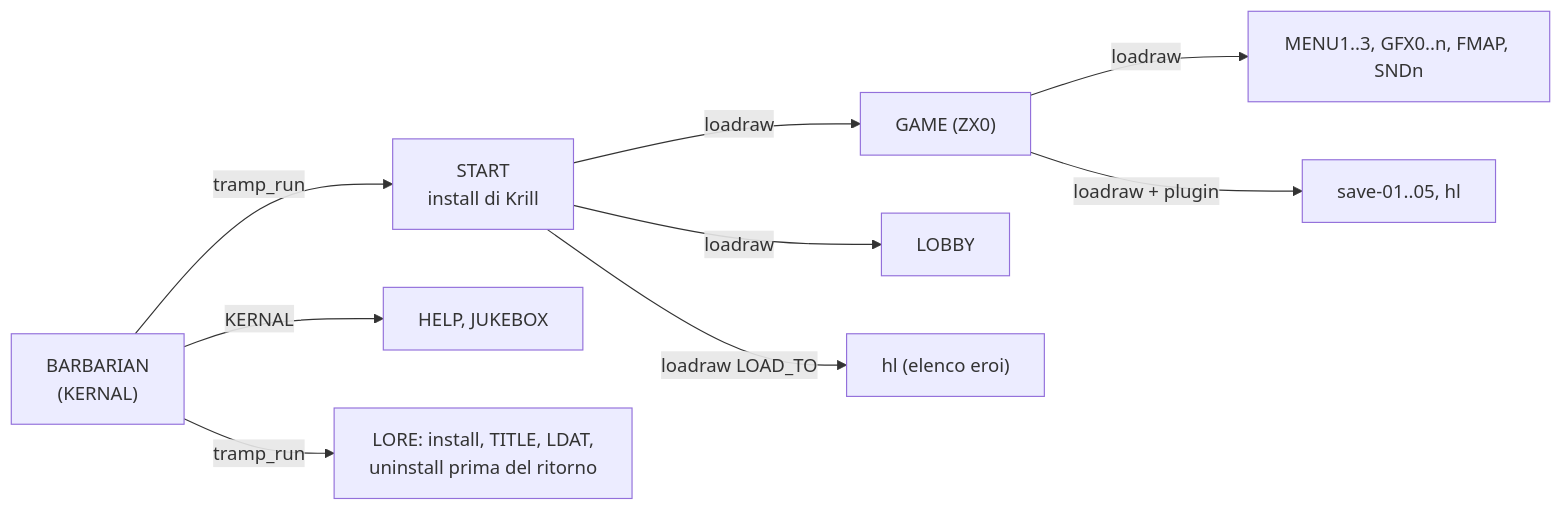
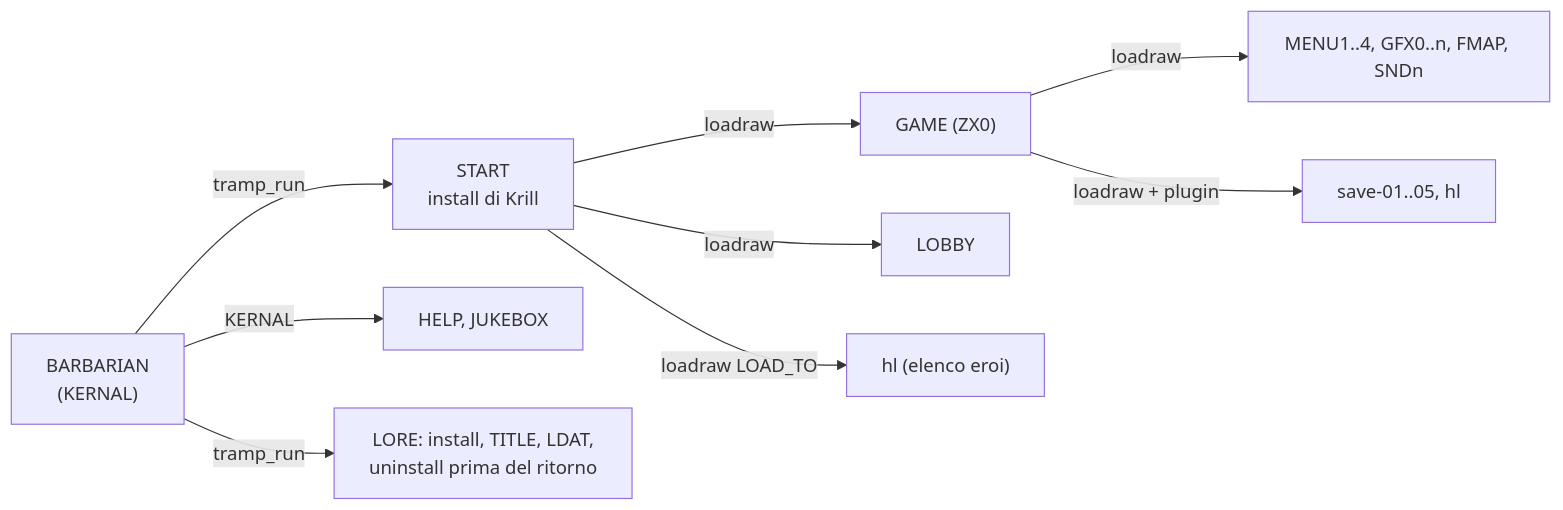
The first of 2 diagrams in docs/wiki/FastLoader.md (caporalesimone/barbarian-the-blood-path), drawn with Mermaid before and after one commit. The commit also changed other lines of this file and 23 other files, not shown here.

````diff
--- a/docs/wiki/FastLoader.md
+++ b/docs/wiki/FastLoader.md
@@ -25,11 +25,11 @@
 ```mermaid
 flowchart LR
     B["BARBARIAN<br/>(KERNAL)"] -->|tramp_run| S["START<br/>install di Krill"]
     S -->|loadraw| G["GAME (ZX0)"]
     S -->|loadraw| L["LOBBY"]
     S -->|loadraw LOAD_TO| H["hl (elenco eroi)"]
-    G -->|loadraw| X["MENU1..3, GFX0..n, FMAP, SNDn"]
+    G -->|loadraw| X["MENU1..4, GFX0..n, FMAP, SNDn"]
     G -->|loadraw + plugin| V["save-01..05, hl"]
     B -->|KERNAL| O["HELP, JUKEBOX"]
     B -->|tramp_run| LO["LORE: install, TITLE, LDAT,<br/>uninstall prima del ritorno"]
 ```
````
